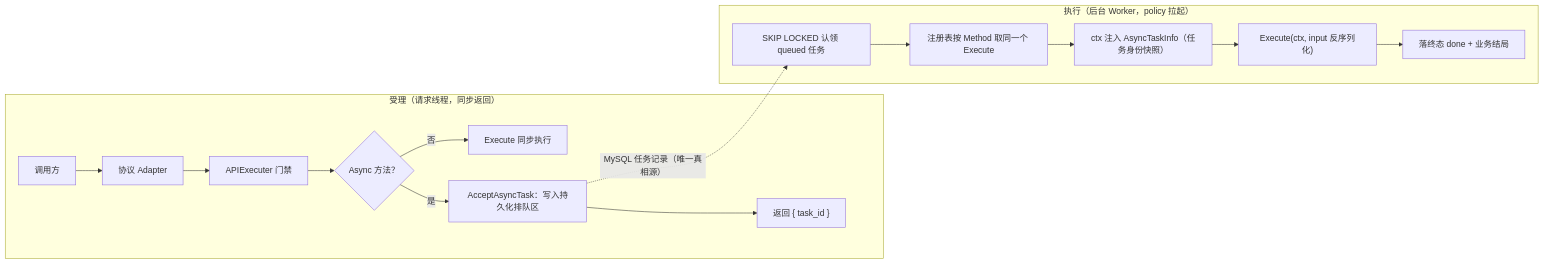
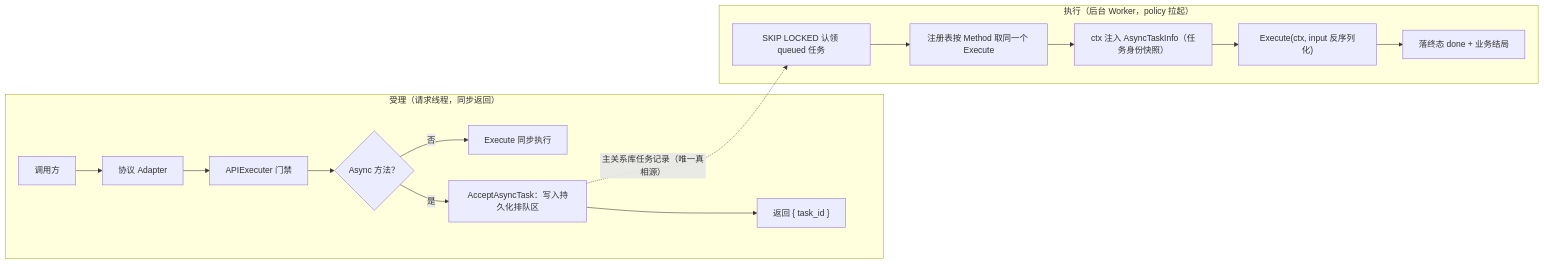
Before and after one commit to 0xdevelop/project_template_go: the first of 2 diagrams in docs/ability_task.md, drawn with Mermaid. The commit also changed other lines of this file and 11 other files, not shown here.

````diff
--- a/docs/ability_task.md
+++ b/docs/ability_task.md
@@ -27,18 +27,18 @@
 ```mermaid
 flowchart LR
     subgraph 受理["受理（请求线程，同步返回）"]
         Caller["调用方"] --> Adapter["协议 Adapter"]
         Adapter --> Gate["APIExecuter 门禁"]
         Gate --> AsyncCheck{"Async 方法？"}
         AsyncCheck -- 否 --> Exec["Execute 同步执行"]
         AsyncCheck -- 是 --> Accept["AcceptAsyncTask：写入持久化排队区"]
         Accept --> TaskID["返回 { task_id }"]
     end
     subgraph 执行["执行（后台 Worker，policy 拉起）"]
         Claim["SKIP LOCKED 认领 queued 任务"] --> Lookup["注册表按 Method 取同一个 Execute"]
         Lookup --> Inject["ctx 注入 AsyncTaskInfo（任务身份快照）"]
         Inject --> Run["Execute(ctx, input 反序列化)"]
         Run --> Finish["落终态 done + 业务结局"]
     end
-    Accept -. MySQL 任务记录（唯一真相源） .-> Claim
+    Accept -. 主关系库任务记录（唯一真相源） .-> Claim
 ```
````
